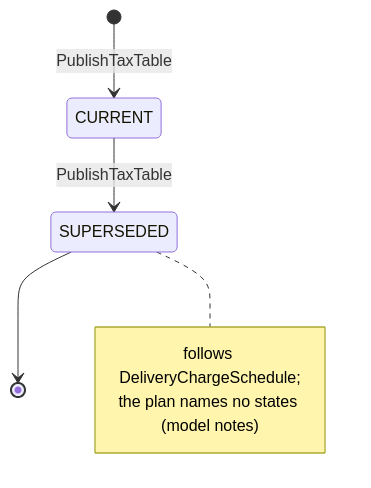
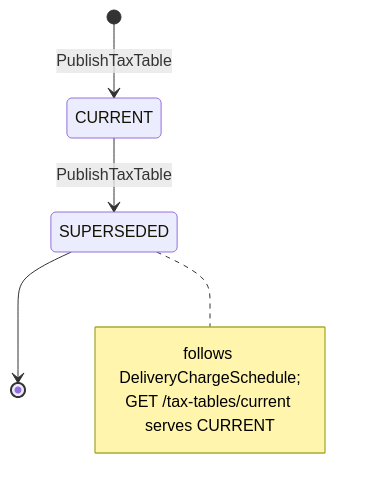
One commit to IQVO/warehouse-docs changed the third of 4 diagrams in storefront/docs/contexts/pricing/aggregate-design-canvas.md. Above: the diagram before and after it, drawn with Mermaid. The commit also changed other lines of this file and 1 other file, not shown here.

Commit message:
docs(storefront): model-fix 2/7 - pricing pack: close withdraw/cancel/expiry/request-field hotspots (partial: eventstorming + aggregate canvas)

````diff
--- a/storefront/docs/contexts/pricing/aggregate-design-canvas.md
+++ b/storefront/docs/contexts/pricing/aggregate-design-canvas.md
@@ -202,10 +205,10 @@
 ```mermaid
 stateDiagram-v2
     [*] --> CURRENT: PublishTaxTable
     CURRENT --> SUPERSEDED: PublishTaxTable
     SUPERSEDED --> [*]
     note right of SUPERSEDED
         follows DeliveryChargeSchedule;
-        the plan names no states (model notes)
+        GET /tax-tables/current serves CURRENT
     end note
 ```
````
